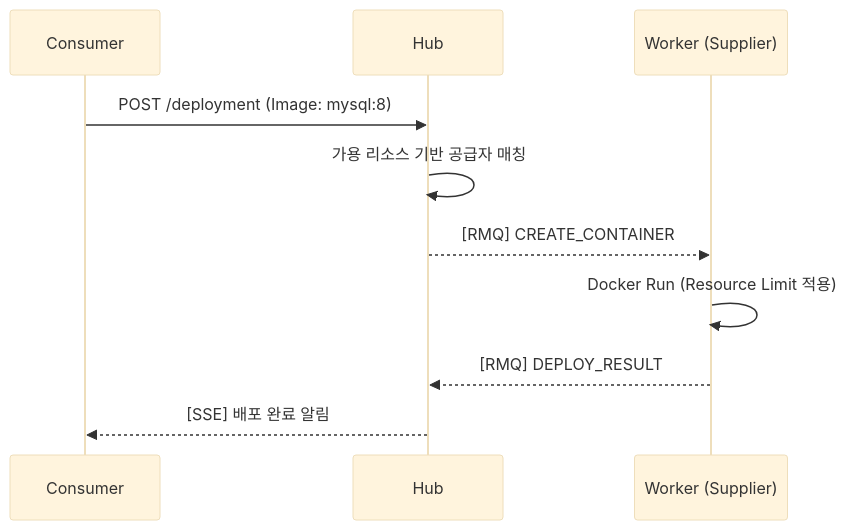
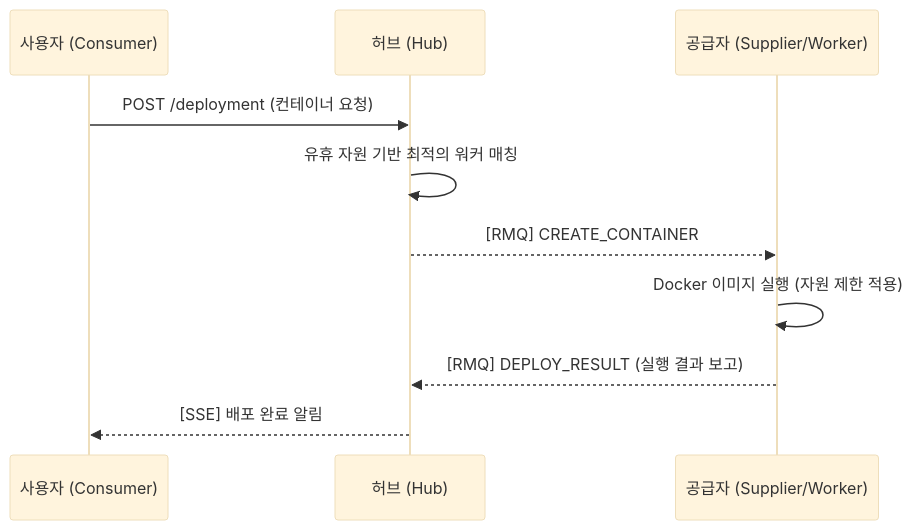
Before and after one commit to 60jong/peercaas: the first of 2 diagrams in README.md, drawn with Mermaid (base theme). The commit also changed other lines of this file and 1 other file, not shown here.

````diff
--- a/README.md
+++ b/README.md
@@ -104,13 +104,13 @@
 ```mermaid
 sequenceDiagram
-    participant C as Consumer
-    participant H as Hub
-    participant W as Worker (Supplier)
+    participant C as 사용자 (Consumer)
+    participant H as 허브 (Hub)
+    participant W as 공급자 (Supplier/Worker)
 
-    C->>H: POST /deployment (Image: mysql:8)
-    H->>H: 가용 리소스 기반 공급자 매칭
+    C->>H: POST /deployment (컨테이너 요청)
+    H->>H: 유휴 자원 기반 최적의 워커 매칭
     H-->>W: [RMQ] CREATE_CONTAINER
-    W->>W: Docker Run (Resource Limit 적용)
-    W-->>H: [RMQ] DEPLOY_RESULT
+    W->>W: Docker 이미지 실행 (자원 제한 적용)
+    W-->>H: [RMQ] DEPLOY_RESULT (실행 결과 보고)
     H-->>C: [SSE] 배포 완료 알림
 ```
````
